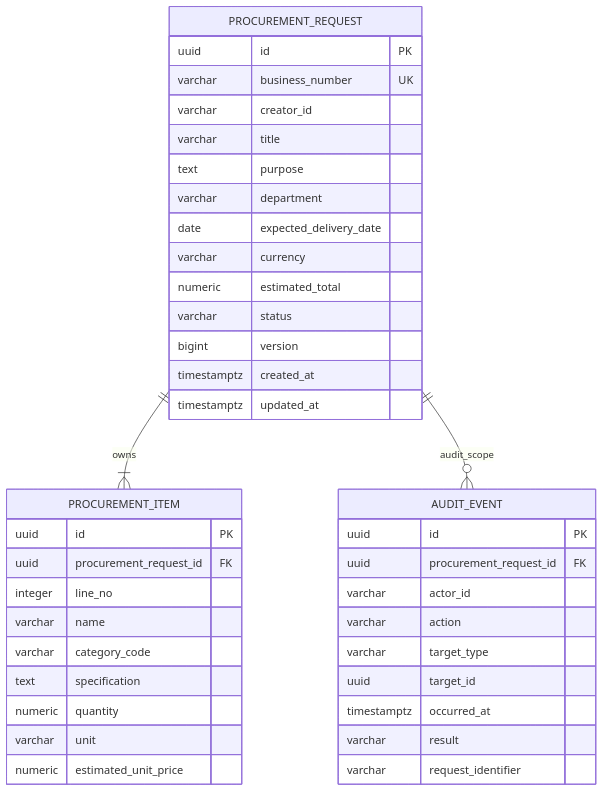
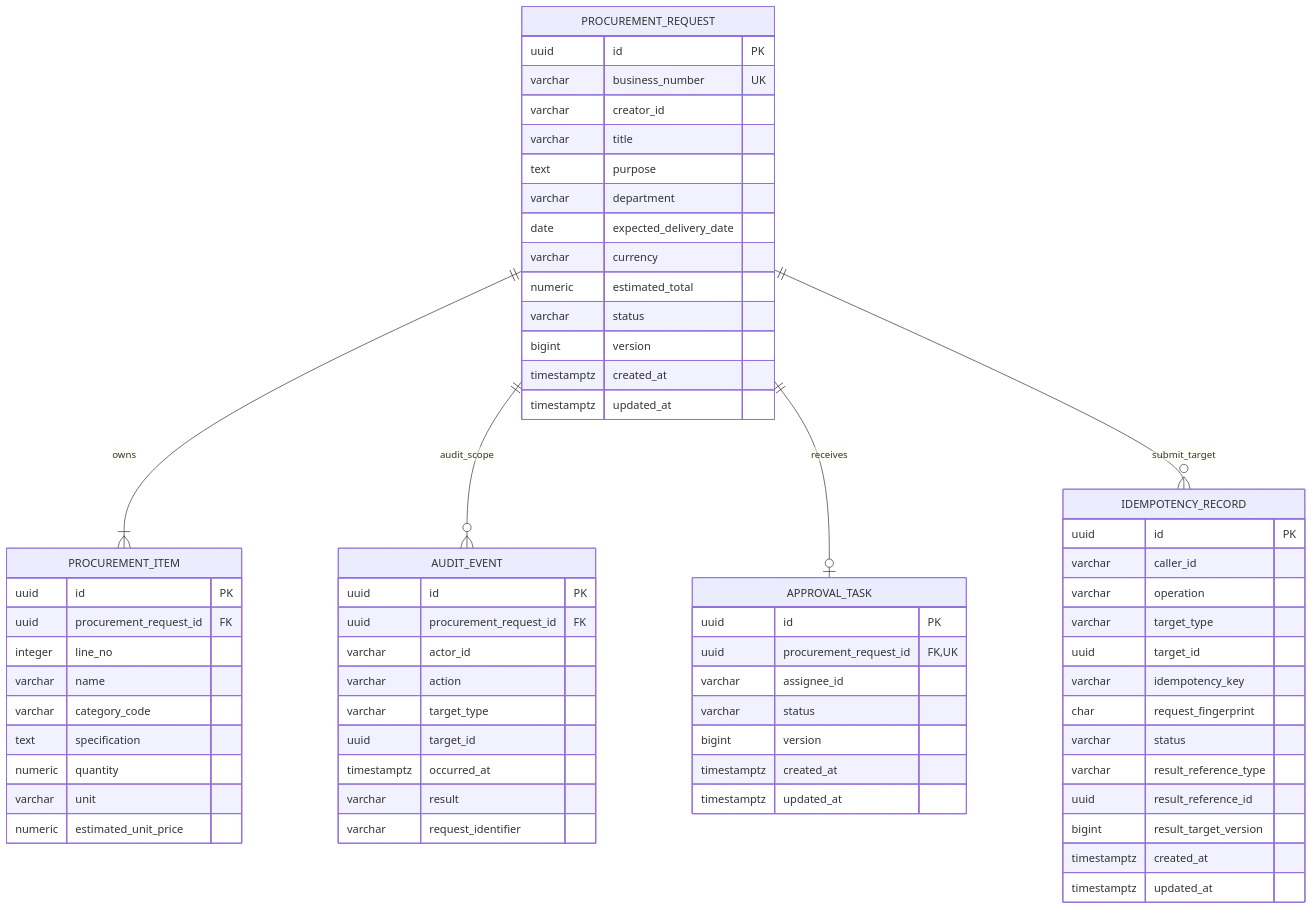
One commit to yche18/juheng-procurement-ai changed the second of 2 diagrams in docs/R1_ERD.md. Above: the diagram before and after it, drawn with Mermaid. The commit also changed other lines of this file and 48 other files, not shown here.

Commit message:
feat(procurement): implement idempotent request submission

````diff
--- a/docs/R1_ERD.md
+++ b/docs/R1_ERD.md
@@ -42,45 +42,73 @@
 ```mermaid
 erDiagram
     PROCUREMENT_REQUEST {
         uuid id PK
         varchar business_number UK
         varchar creator_id
         varchar title
         text purpose
         varchar department
         date expected_delivery_date
         varchar currency
         numeric estimated_total
         varchar status
         bigint version
         timestamptz created_at
         timestamptz updated_at
     }
 
     PROCUREMENT_ITEM {
         uuid id PK
         uuid procurement_request_id FK
         integer line_no
         varchar name
         varchar category_code
         text specification
         numeric quantity
         varchar unit
         numeric estimated_unit_price
     }
 
     AUDIT_EVENT {
         uuid id PK
         uuid procurement_request_id FK
         varchar actor_id
         varchar action
         varchar target_type
         uuid target_id
         timestamptz occurred_at
         varchar result
         varchar request_identifier
     }
 
+    APPROVAL_TASK {
+        uuid id PK
+        uuid procurement_request_id FK,UK
+        varchar assignee_id
+        varchar status
+        bigint version
+        timestamptz created_at
+        timestamptz updated_at
+    }
+
+    IDEMPOTENCY_RECORD {
+        uuid id PK
+        varchar caller_id
+        varchar operation
+        varchar target_type
+        uuid target_id
+        varchar idempotency_key
+        char request_fingerprint
+        varchar status
+        varchar result_reference_type
+        uuid result_reference_id
+        bigint result_target_version
+        timestamptz created_at
+        timestamptz updated_at
+    }
+
     PROCUREMENT_REQUEST ||--|{ PROCUREMENT_ITEM : owns
     PROCUREMENT_REQUEST ||--o{ AUDIT_EVENT : audit_scope
+    PROCUREMENT_REQUEST ||--o| APPROVAL_TASK : receives
+    PROCUREMENT_REQUEST ||--o{ IDEMPOTENCY_RECORD : submit_target
 ```
````
